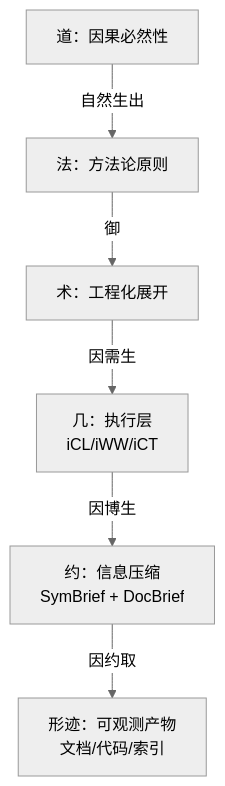
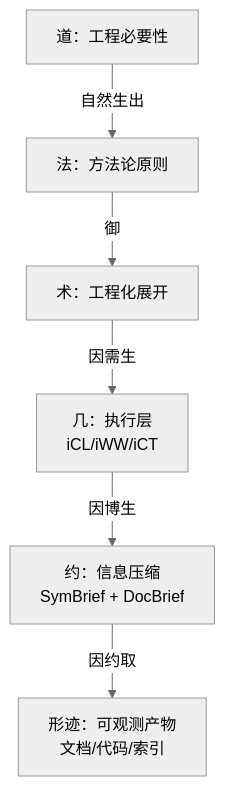
One commit to sgmov/sihankor changed the fourth of 5 diagrams in docs/specs/philosophy/On-SiHankor.sih.md. Above: the diagram before and after it, drawn with Mermaid (neutral theme). The commit also changed other lines of this file and 9 other files, not shown here.

````diff
--- a/docs/specs/philosophy/On-SiHankor.sih.md
+++ b/docs/specs/philosophy/On-SiHankor.sih.md
@@ -251,8 +251,8 @@
 ```mermaid
 flowchart TD
-    L1["道：因果必然性"] -->|"自然生出"| L2["法：方法论原则"]
+    L1["道：工程必要性"] -->|"自然生出"| L2["法：方法论原则"]
     L2 -->|"御"| L3["术：工程化展开"]
     L3 -->|"因需生"| L4["几：执行层<br/>iCL/iWW/iCT"]
     L4 -->|"因博生"| L5["约：信息压缩<br/>SymBrief + DocBrief"]
     L5 -->|"因约取"| L6["形迹：可观测产物<br/>文档/代码/索引"]
 ```
````
